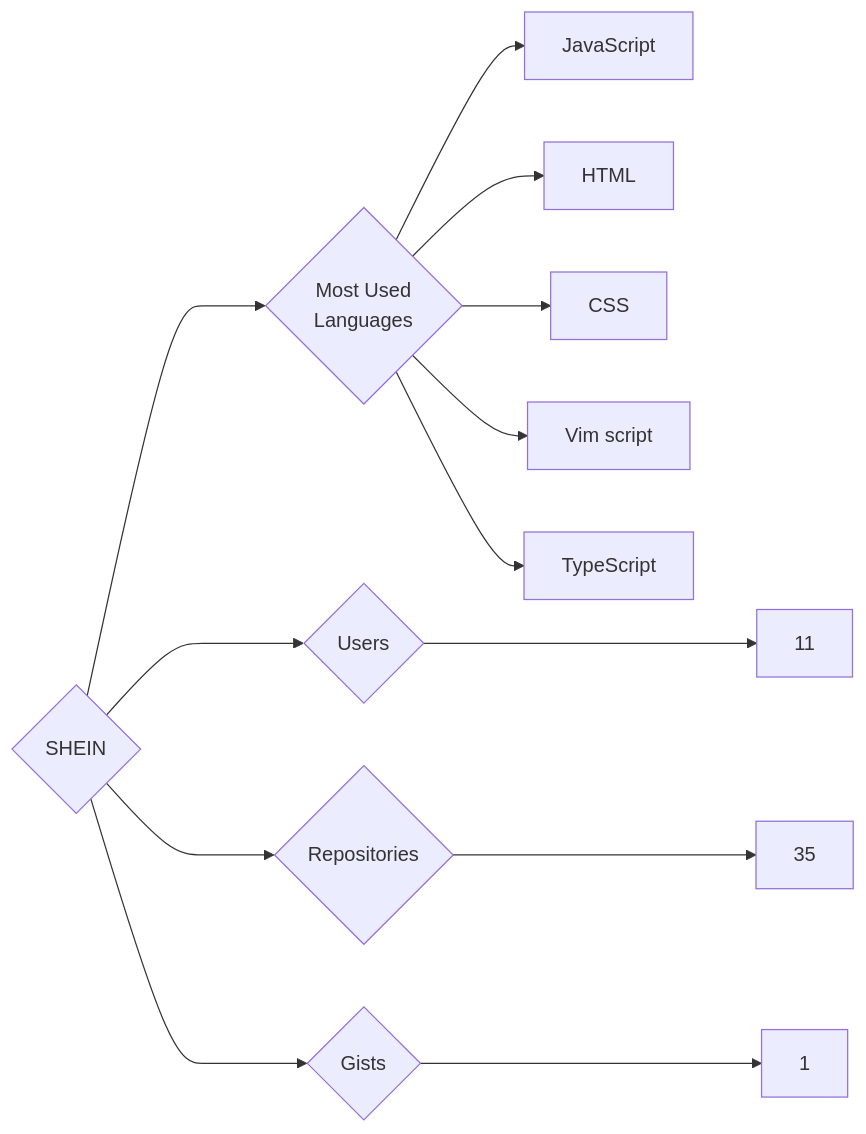
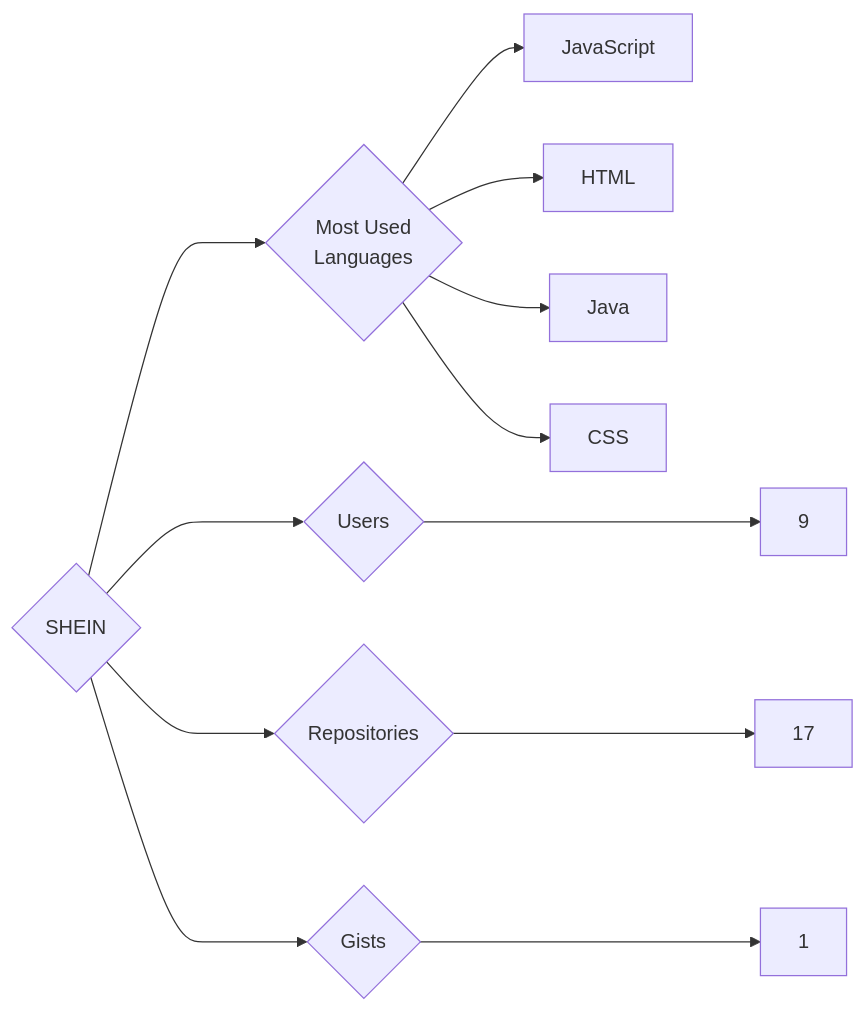
The diagram in targets/SHEIN/README.md (trickest/insiders), drawn with Mermaid before and after one commit. The commit also changed 851 other files, not shown here.

````diff
--- a/targets/SHEIN/README.md
+++ b/targets/SHEIN/README.md
@@ -3,13 +3,12 @@
 ```mermaid
 graph LR
 COMPANY_NAME{SHEIN}
-COMPANY_NAME ---> U{Users} ---> UN[11]
-COMPANY_NAME ---> R{Repositories} ---> RN[35]
+COMPANY_NAME ---> U{Users} ---> UN[9]
+COMPANY_NAME ---> R{Repositories} ---> RN[17]
 COMPANY_NAME ---> G{Gists} ---> GN[1]
 COMPANY_NAME ---> ML{Most Used<br>Languages}
 ML --> JavaScript[JavaScript]
 ML --> HTML[HTML]
+ML --> Java[Java]
 ML --> CSS[CSS]
-ML --> Vim_script[Vim script]
-ML --> TypeScript[TypeScript]
 ```
````
